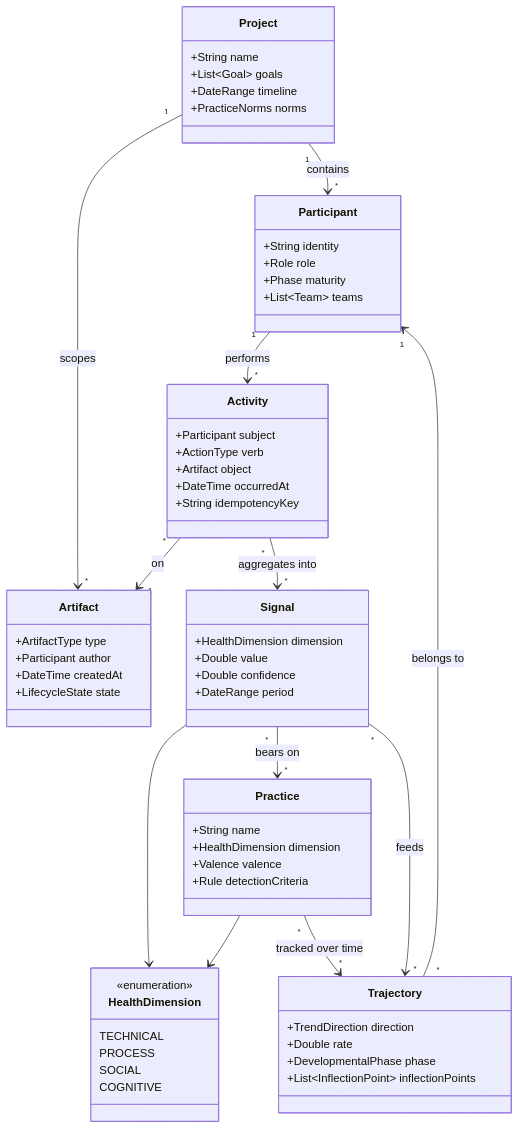
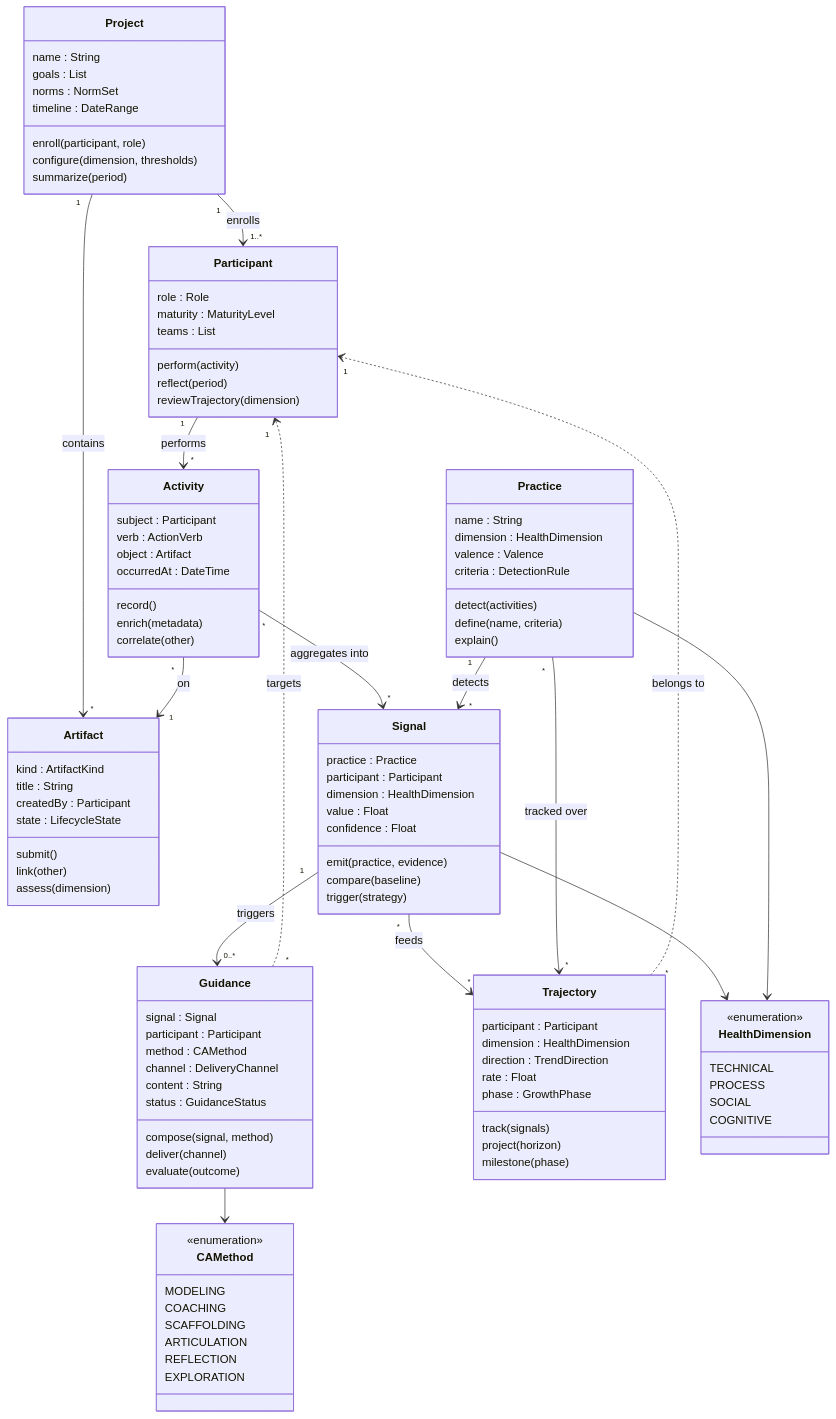
Before and after one commit to ls1intum/Hephaestus: the first of 2 diagrams in docs/contributor/conceptual-model.mdx, drawn with Mermaid. The commit also changed other lines of this file and 4 other files, not shown here.

First line of the commit message:
feat(docs): add Guidance concept, methods, and fix HyLiMo diagrams

````diff
--- a/docs/contributor/conceptual-model.mdx
+++ b/docs/contributor/conceptual-model.mdx
@@ -18,53 +18,86 @@
     direction TB
 
     class Project {
-        +String name
-        +List~Goal~ goals
-        +DateRange timeline
-        +PracticeNorms norms
+        name : String
+        goals : List
+        norms : NormSet
+        timeline : DateRange
+        enroll(participant, role)
+        configure(dimension, thresholds)
+        summarize(period)
     }
 
     class Participant {
-        +String identity
-        +Role role
-        +Phase maturity
-        +List~Team~ teams
+        role : Role
+        maturity : MaturityLevel
+        teams : List
+        perform(activity)
+        reflect(period)
+        reviewTrajectory(dimension)
     }
 
     class Artifact {
-        +ArtifactType type
-        +Participant author
-        +DateTime createdAt
-        +LifecycleState state
+        kind : ArtifactKind
+        title : String
+        createdBy : Participant
+        state : LifecycleState
+        submit()
+        link(other)
+        assess(dimension)
     }
 
     class Activity {
-        +Participant subject
-        +ActionType verb
-        +Artifact object
-        +DateTime occurredAt
-        +String idempotencyKey
+        subject : Participant
+        verb : ActionVerb
+        object : Artifact
+        occurredAt : DateTime
+        record()
+        enrich(metadata)
+        correlate(other)
     }
 
     class Practice {
-        +String name
-        +HealthDimension dimension
-        +Valence valence
-        +Rule detectionCriteria
+        name : String
+        dimension : HealthDimension
+        valence : Valence
+        criteria : DetectionRule
+        detect(activities)
+        define(name, criteria)
+        explain()
     }
 
     class Signal {
-        +HealthDimension dimension
-        +Double value
-        +Double confidence
-        +DateRange period
+        practice : Practice
+        participant : Participant
+        dimension : HealthDimension
+        value : Float
+        confidence : Float
+        emit(practice, evidence)
+        compare(baseline)
+        trigger(strategy)
+    }
+
+    class Guidance {
+        signal : Signal
+        participant : Participant
+        method : CAMethod
+        channel : DeliveryChannel
+        content : String
+        status : GuidanceStatus
+        compose(signal, method)
+        deliver(channel)
+        evaluate(outcome)
     }
 
     class Trajectory {
-        +TrendDirection direction
-        +Double rate
-        +DevelopmentalPhase phase
-        +List~InflectionPoint~ inflectionPoints
+        participant : Participant
+        dimension : HealthDimension
+        direction : TrendDirection
+        rate : Float
+        phase : GrowthPhase
+        track(signals)
+        project(horizon)
+        milestone(phase)
     }
 
     class HealthDimension {
@@ -75,15 +108,28 @@
         COGNITIVE
     }
 
-    Project "1" --> "*" Participant : contains
-    Project "1" --> "*" Artifact : scopes
+    class CAMethod {
+        <<enumeration>>
+        MODELING
+        COACHING
+        SCAFFOLDING
+        ARTICULATION
+        REFLECTION
+        EXPLORATION
+    }
+
+    Project "1" --> "1..*" Participant : enrolls
+    Project "1" --> "*" Artifact : contains
     Participant "1" --> "*" Activity : performs
     Activity "*" --> "1" Artifact : on
     Activity "*" --> "*" Signal : aggregates into
-    Signal "*" --> "*" Practice : bears on
-    Practice "*" --> "*" Trajectory : tracked over time
+    Practice "1" --> "*" Signal : detects
+    Signal "1" --> "0..*" Guidance : triggers
+    Guidance "*" ..> "1" Participant : targets
     Signal "*" --> "*" Trajectory : feeds
-    Trajectory "*" --> "1" Participant : belongs to
+    Practice "*" --> "*" Trajectory : tracked over
+    Trajectory "*" ..> "1" Participant : belongs to
     Signal --> HealthDimension
     Practice --> HealthDimension
+    Guidance --> CAMethod
 ```
````
